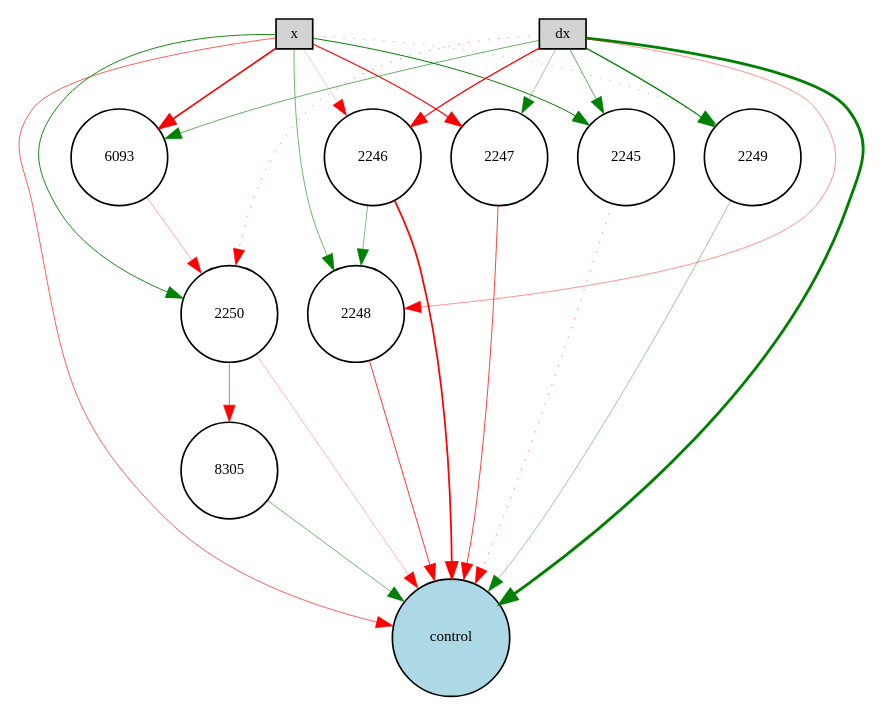
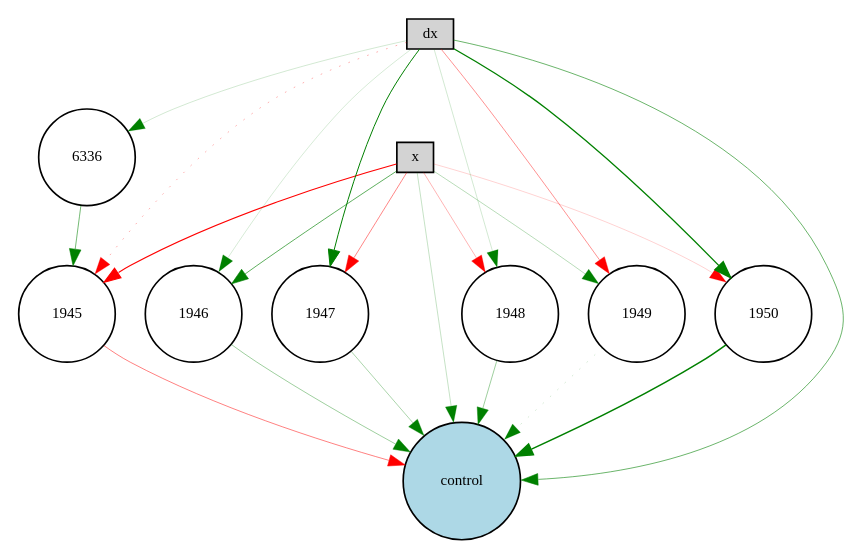
Before and after one commit to ssahare-hub/NEAT-BioInspiredProject: the diagram in MountainCar_winner-feedforward.gv, drawn with Graphviz. The commit also changed 465 other files, not shown here.

```diff
--- a/MountainCar_winner-feedforward.gv
+++ b/MountainCar_winner-feedforward.gv
@@ -1,40 +1,35 @@
 digraph {
 	node [fontsize=9 height=0.2 shape=circle width=0.2]
 	x [fillcolor=lightgray shape=box style=filled]
 	dx [fillcolor=lightgray shape=box style=filled]
 	control [fillcolor=lightblue style=filled]
-	2245 [fillcolor=white style=filled]
-	2246 [fillcolor=white style=filled]
-	2247 [fillcolor=white style=filled]
-	2248 [fillcolor=white style=filled]
-	2249 [fillcolor=white style=filled]
-	2250 [fillcolor=white style=filled]
-	6093 [fillcolor=white style=filled]
-	8305 [fillcolor=white style=filled]
-	2250 -> control [color=red penwidth=0.17146957344861913 style=solid]
-	x -> 2250 [color=green penwidth=0.5502889672566822 style=solid]
-	2246 -> control [color=red penwidth=1.0516504204715715 style=solid]
-	x -> 2245 [color=green penwidth=0.6038759680616193 style=solid]
-	2247 -> control [color=red penwidth=0.4530417115855456 style=solid]
-	2245 -> control [color=red penwidth=0.2683836265757616 style=dotted]
-	x -> 2246 [color=red penwidth=0.13200654222430924 style=solid]
-	dx -> 2248 [color=red penwidth=0.26020615223883836 style=solid]
-	x -> 2248 [color=green penwidth=0.34201391334713616 style=solid]
-	dx -> 2249 [color=green penwidth=0.6882104770230222 style=solid]
-	2249 -> control [color=green penwidth=0.23593042237163472 style=solid]
-	dx -> 2245 [color=green penwidth=0.37889972169897335 style=solid]
-	dx -> 2246 [color=red penwidth=0.6928219474380086 style=solid]
-	dx -> control [color=green penwidth=1.7130908468334358 style=solid]
-	x -> 2247 [color=red penwidth=0.6987280343894396 style=solid]
-	2248 -> control [color=red penwidth=0.47942510714022835 style=solid]
-	dx -> 2250 [color=red penwidth=0.25764933600066353 style=dotted]
-	dx -> 2247 [color=green penwidth=0.2448527908672052 style=solid]
-	x -> 2249 [color=green penwidth=0.18577399517828386 style=dotted]
-	x -> control [color=red penwidth=0.3789927914442357 style=solid]
-	dx -> 6093 [color=green penwidth=0.3665491328449758 style=solid]
-	6093 -> 2250 [color=red penwidth=0.21492857712376415 style=solid]
-	x -> 6093 [color=red penwidth=0.997038369455983 style=solid]
-	2246 -> 2248 [color=green penwidth=0.303226324834326 style=solid]
-	2250 -> 8305 [color=red penwidth=0.37450308430223533 style=solid]
-	8305 -> control [color=green penwidth=0.34289035017101466 style=solid]
+	6336 [fillcolor=white style=filled]
+	1945 [fillcolor=white style=filled]
+	1946 [fillcolor=white style=filled]
+	1947 [fillcolor=white style=filled]
+	1948 [fillcolor=white style=filled]
+	1949 [fillcolor=white style=filled]
+	1950 [fillcolor=white style=filled]
+	1947 -> control [color=green penwidth=0.19678707180814425 style=solid]
+	1946 -> control [color=green penwidth=0.22985963677121948 style=solid]
+	x -> 1946 [color=green penwidth=0.3849861220003533 style=solid]
+	x -> 1948 [color=red penwidth=0.17875353382590548 style=solid]
+	1950 -> control [color=green penwidth=0.9104222419319551 style=solid]
+	dx -> 1950 [color=green penwidth=0.8277828173672704 style=solid]
+	1949 -> control [color=green penwidth=0.11397666859321205 style=dotted]
+	dx -> 1946 [color=green penwidth=0.10056000447131033 style=solid]
+	1945 -> control [color=red penwidth=0.2962476451298003 style=solid]
+	dx -> 1949 [color=red penwidth=0.2581938888700006 style=solid]
+	x -> 1950 [color=red penwidth=0.10654577995575812 style=solid]
+	dx -> 1945 [color=red penwidth=0.18834141243366825 style=dotted]
+	x -> control [color=green penwidth=0.1445132268437006 style=solid]
+	x -> 1949 [color=green penwidth=0.1677104327695344 style=solid]
+	dx -> 1948 [color=green penwidth=0.11106588008502477 style=solid]
+	dx -> 1947 [color=green penwidth=0.6014731229799293 style=solid]
+	1948 -> control [color=green penwidth=0.22805406140044535 style=solid]
+	x -> 1947 [color=red penwidth=0.285672461272528 style=solid]
+	x -> 1945 [color=red penwidth=0.6463298713194275 style=solid]
+	dx -> control [color=green penwidth=0.3456342840826132 style=solid]
+	dx -> 6336 [color=green penwidth=0.11486729291729925 style=solid]
+	6336 -> 1945 [color=green penwidth=0.3313201381092835 style=solid]
 }
```
